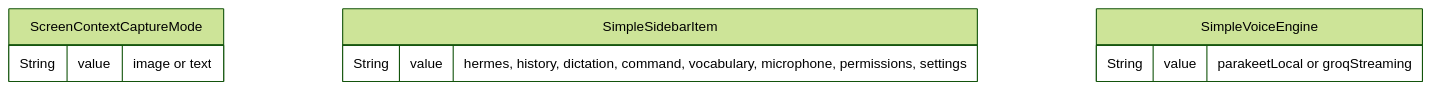
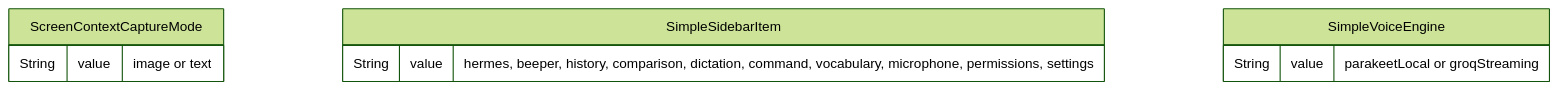
One commit to dkapo88/WonderWhisper-macOS changed the seventh of 12 diagrams in datamodel.md. Above: the diagram before and after it, drawn with Mermaid (forest theme). The commit also changed other lines of this file and 15 other files, not shown here.

````diff
--- a/datamodel.md
+++ b/datamodel.md
@@ -306,14 +306,14 @@
 ```mermaid
 erDiagram
     ScreenContextCaptureMode {
         String value "image or text"
     }
     
     SimpleSidebarItem {
-        String value "hermes, history, dictation, command, vocabulary, microphone, permissions, settings"
+        String value "hermes, beeper, history, comparison, dictation, command, vocabulary, microphone, permissions, settings"
     }
     
     SimpleVoiceEngine {
         String value "parakeetLocal or groqStreaming"
     }
 ```
````
